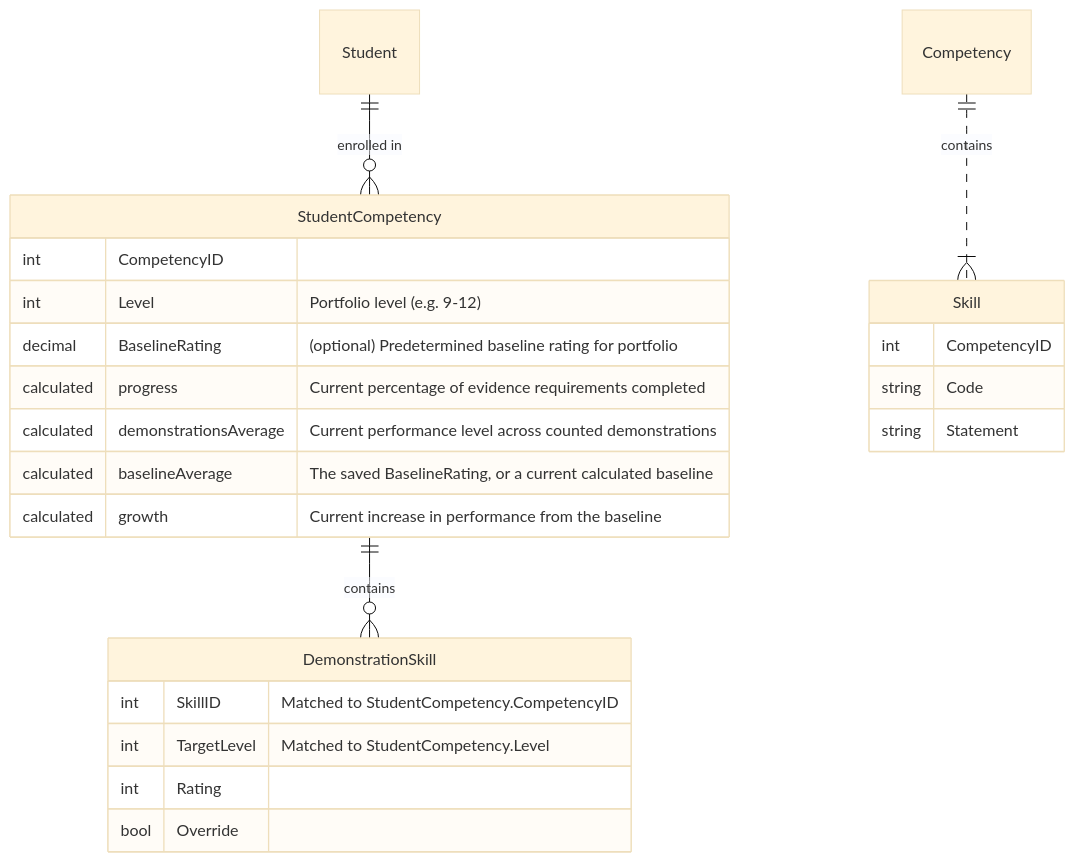
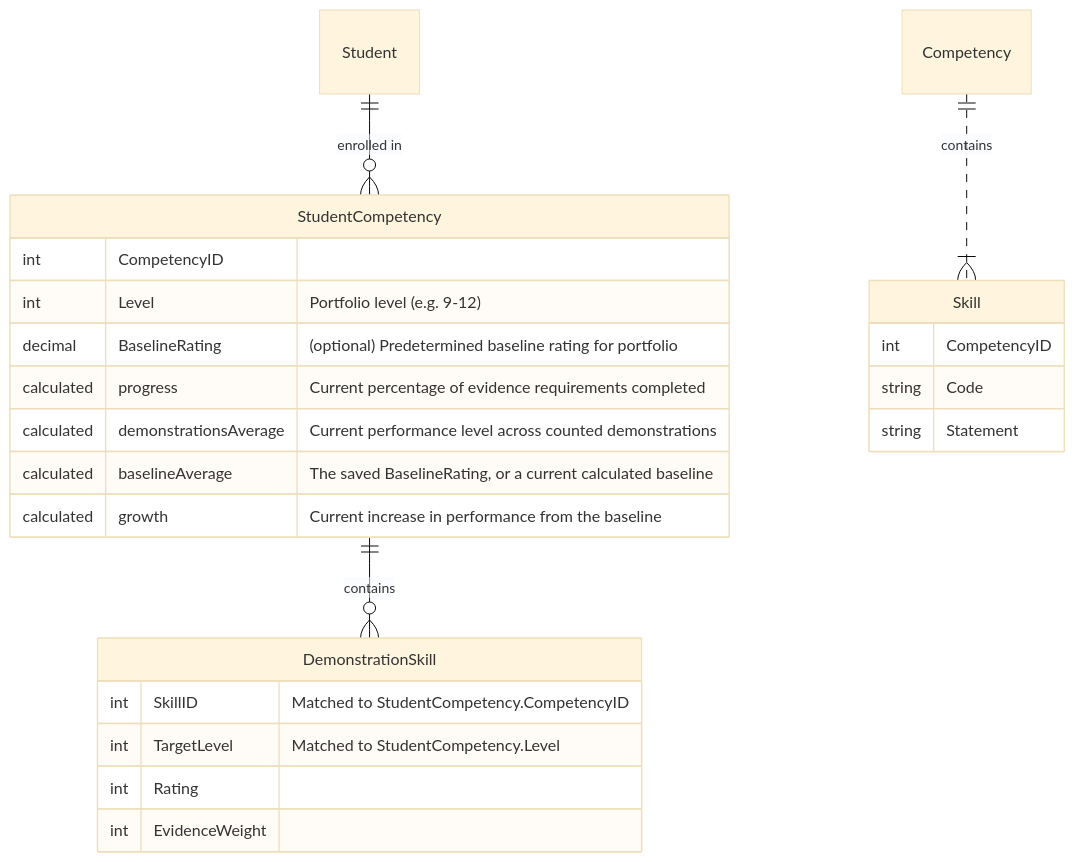
Before and after one commit to SlateFoundation/slate-cbl: the second of 2 diagrams in docs/development/data-models/cbl/README.md, drawn with Mermaid (base theme). The commit also changed other lines of this file, not shown here.

Commit message:
docs: update CBL data model docs

````diff
--- a/docs/development/data-models/cbl/README.md
+++ b/docs/development/data-models/cbl/README.md
@@ -34,32 +34,32 @@
 ```mermaid
 erDiagram
     Student ||--o{ StudentCompetency : "enrolled in"
 
     StudentCompetency {
         int CompetencyID
         int Level "Portfolio level (e.g. 9-12)"
         decimal BaselineRating "(optional) Predetermined baseline rating for portfolio"
         calculated progress "Current percentage of evidence requirements completed"
         calculated demonstrationsAverage "Current performance level across counted demonstrations"
         calculated baselineAverage "The saved BaselineRating, or a current calculated baseline"
         calculated growth "Current increase in performance from the baseline"
     }
 
     Competency ||..|{ Skill : contains
     Competency {
 
     }
     Skill {
         int CompetencyID
         string Code
         string Statement
     }
 
     StudentCompetency ||--o{ DemonstrationSkill : "contains"
     DemonstrationSkill {
         int SkillID "Matched to StudentCompetency.CompetencyID"
         int TargetLevel "Matched to StudentCompetency.Level"
         int Rating
-        bool Override
+        int EvidenceWeight
     }
 ```
````
